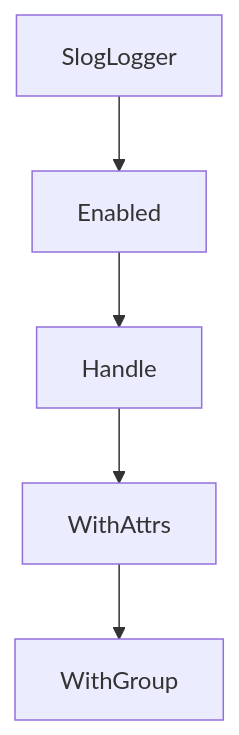
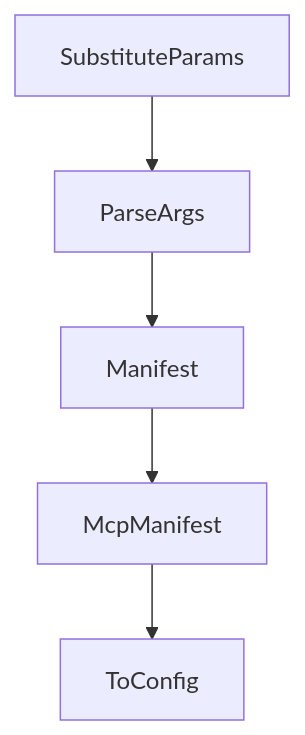
One commit to johnxie/awesome-code-docs changed the diagram in tutorials/genai-toolbox-tutorial/07-cli-testing-and-development-workflow.md. Above: the diagram before and after it, drawn with Mermaid. The commit also changed other lines of this file and 1232 other files, not shown here.

````diff
--- a/tutorials/genai-toolbox-tutorial/07-cli-testing-and-development-workflow.md
+++ b/tutorials/genai-toolbox-tutorial/07-cli-testing-and-development-workflow.md
@@ -192,12 +205,12 @@
 ```mermaid
 flowchart TD
-    A[SlogLogger]
-    B[Enabled]
-    C[Handle]
-    D[WithAttrs]
-    E[WithGroup]
+    A[SubstituteParams]
+    B[ParseArgs]
+    C[Manifest]
+    D[McpManifest]
+    E[ToConfig]
     A --> B
     B --> C
     C --> D
     D --> E
 ```
````
